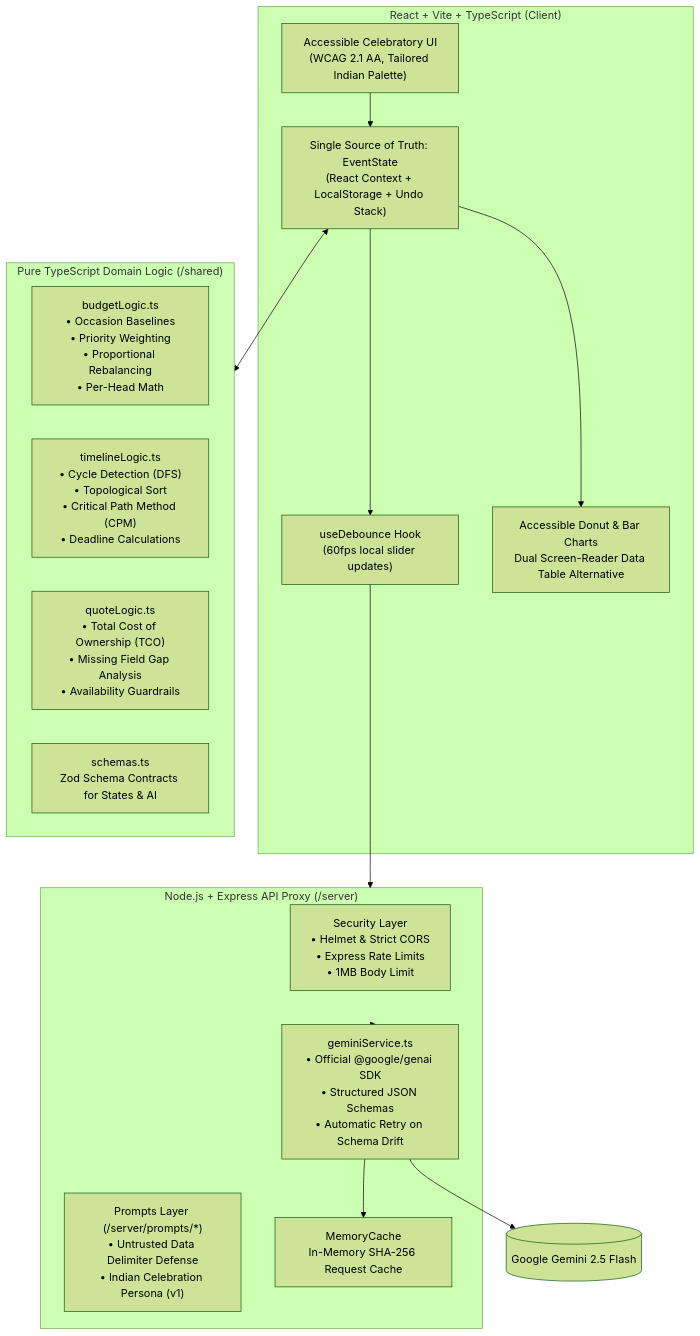
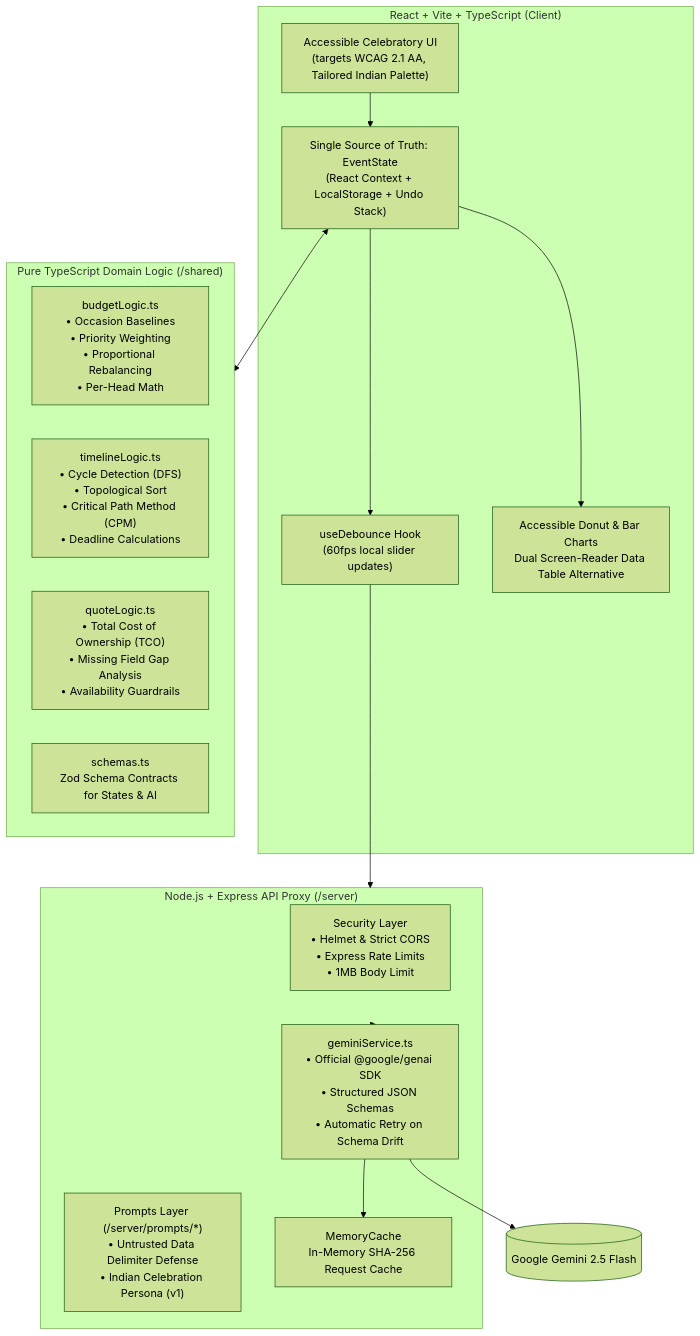
One commit to Priyan120-dev/Utsav_Planner changed the diagram in README.md. Above: the diagram before and after it, drawn with Mermaid (forest theme). The commit also changed other lines of this file and 14 other files, not shown here.

````diff
--- a/README.md
+++ b/README.md
@@ -26,32 +26,32 @@
 ```mermaid
 graph TD
     subgraph Client ["React + Vite + TypeScript (Client)"]
-        UI["Accessible Celebratory UI<br>(WCAG 2.1 AA, Tailored Indian Palette)"]
+        UI["Accessible Celebratory UI<br>(targets WCAG 2.1 AA, Tailored Indian Palette)"]
         Store["Single Source of Truth: EventState<br>(React Context + LocalStorage + Undo Stack)"]
         Debounce["useDebounce Hook<br>(60fps local slider updates)"]
         DualView["Accessible Donut & Bar Charts<br>Dual Screen-Reader Data Table Alternative"]
     end
 
     subgraph Shared ["Pure TypeScript Domain Logic (/shared)"]
         BudgetMath["budgetLogic.ts<br>• Occasion Baselines<br>• Priority Weighting<br>• Proportional Rebalancing<br>• Per-Head Math"]
         GraphMath["timelineLogic.ts<br>• Cycle Detection (DFS)<br>• Topological Sort<br>• Critical Path Method (CPM)<br>• Deadline Calculations"]
         QuoteMath["quoteLogic.ts<br>• Total Cost of Ownership (TCO)<br>• Missing Field Gap Analysis<br>• Availability Guardrails"]
         Schemas["schemas.ts<br>Zod Schema Contracts for States & AI"]
     end
 
     subgraph Server ["Node.js + Express API Proxy (/server)"]
         Security["Security Layer<br>• Helmet & Strict CORS<br>• Express Rate Limits<br>• 1MB Body Limit"]
         PromptEngine["Prompts Layer (/server/prompts/*)<br>• Untrusted Data Delimiter Defense<br>• Indian Celebration Persona (v1)"]
         Cache["MemoryCache<br>In-Memory SHA-256 Request Cache"]
         GeminiService["geminiService.ts<br>• Official @google/genai SDK<br>• Structured JSON Schemas<br>• Automatic Retry on Schema Drift"]
     end
 
     UI --> Store
     Store --> Debounce
     Store --> DualView
     Store <--> Shared
     Debounce --> Server
     Server --> GeminiService
     GeminiService --> Cache
     GeminiService --> GeminiAPI[("Google Gemini 2.5 Flash")]
 ```
````
